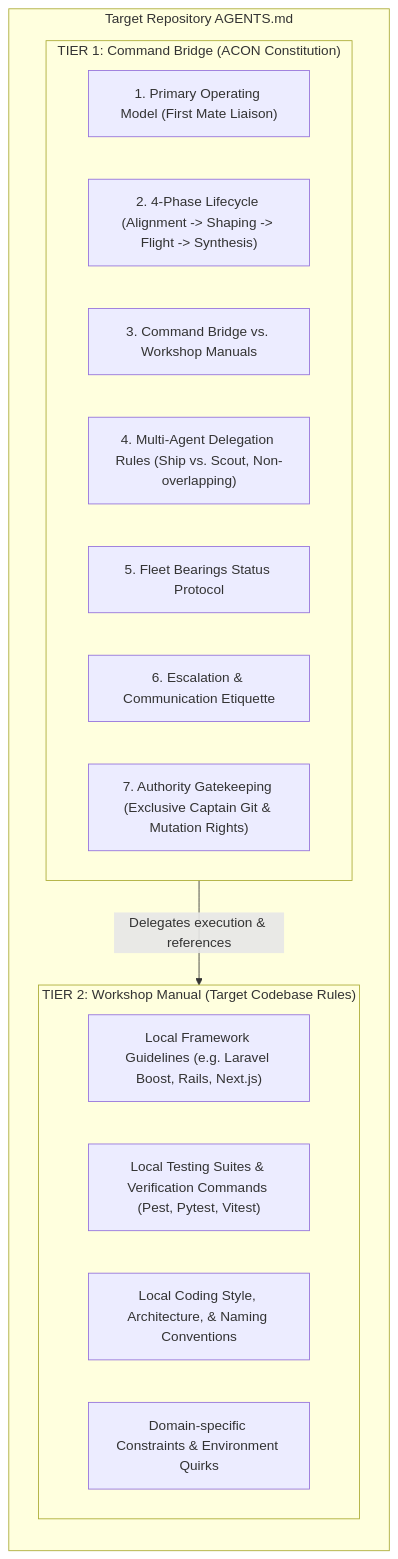
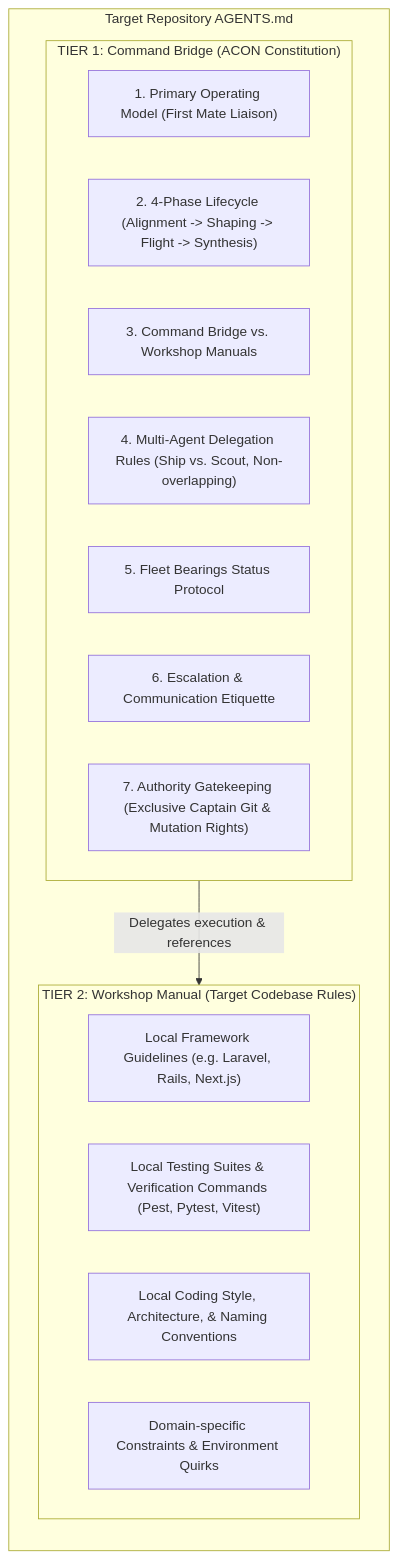
One commit to HairyBlue/portfolio changed the first of 2 diagrams in .agents/skills/productivity/adopt-acon/SKILL.md. Above: the diagram before and after it, drawn with Mermaid. The commit also changed other lines of this file and 19 other files, not shown here.

````diff
--- a/.agents/skills/productivity/adopt-acon/SKILL.md
+++ b/.agents/skills/productivity/adopt-acon/SKILL.md
@@ -70,24 +81,24 @@
 ```mermaid
 flowchart TD
     subgraph AGENTS["Target Repository AGENTS.md"]
         direction TB
         subgraph Tier1["TIER 1: Command Bridge (ACON Constitution)"]
             T1A["1. Primary Operating Model (First Mate Liaison)"]
             T1B["2. 4-Phase Lifecycle (Alignment -> Shaping -> Flight -> Synthesis)"]
             T1C["3. Command Bridge vs. Workshop Manuals"]
             T1D["4. Multi-Agent Delegation Rules (Ship vs. Scout, Non-overlapping)"]
             T1E["5. Fleet Bearings Status Protocol"]
             T1F["6. Escalation & Communication Etiquette"]
             T1G["7. Authority Gatekeeping (Exclusive Captain Git & Mutation Rights)"]
         end
         
         subgraph Tier2["TIER 2: Workshop Manual (Target Codebase Rules)"]
-            T2A["Local Framework Guidelines (e.g. Laravel Boost, Rails, Next.js)"]
+            T2A["Local Framework Guidelines (e.g. Laravel, Rails, Next.js)"]
             T2B["Local Testing Suites & Verification Commands (Pest, Pytest, Vitest)"]
             T2C["Local Coding Style, Architecture, & Naming Conventions"]
             T2D["Domain-specific Constraints & Environment Quirks"]
         end
         
         Tier1 -->|"Delegates execution & references"| Tier2
     end
 ```
````
